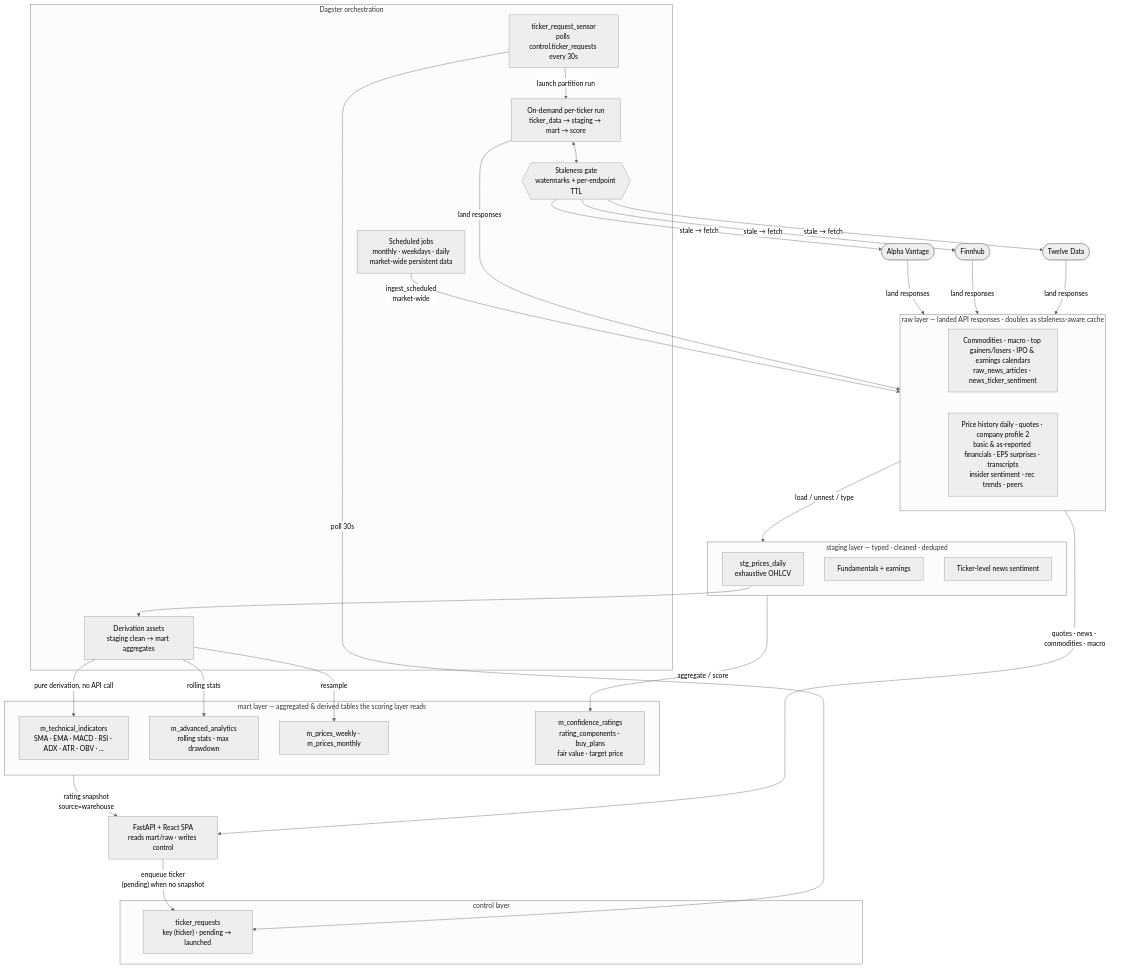
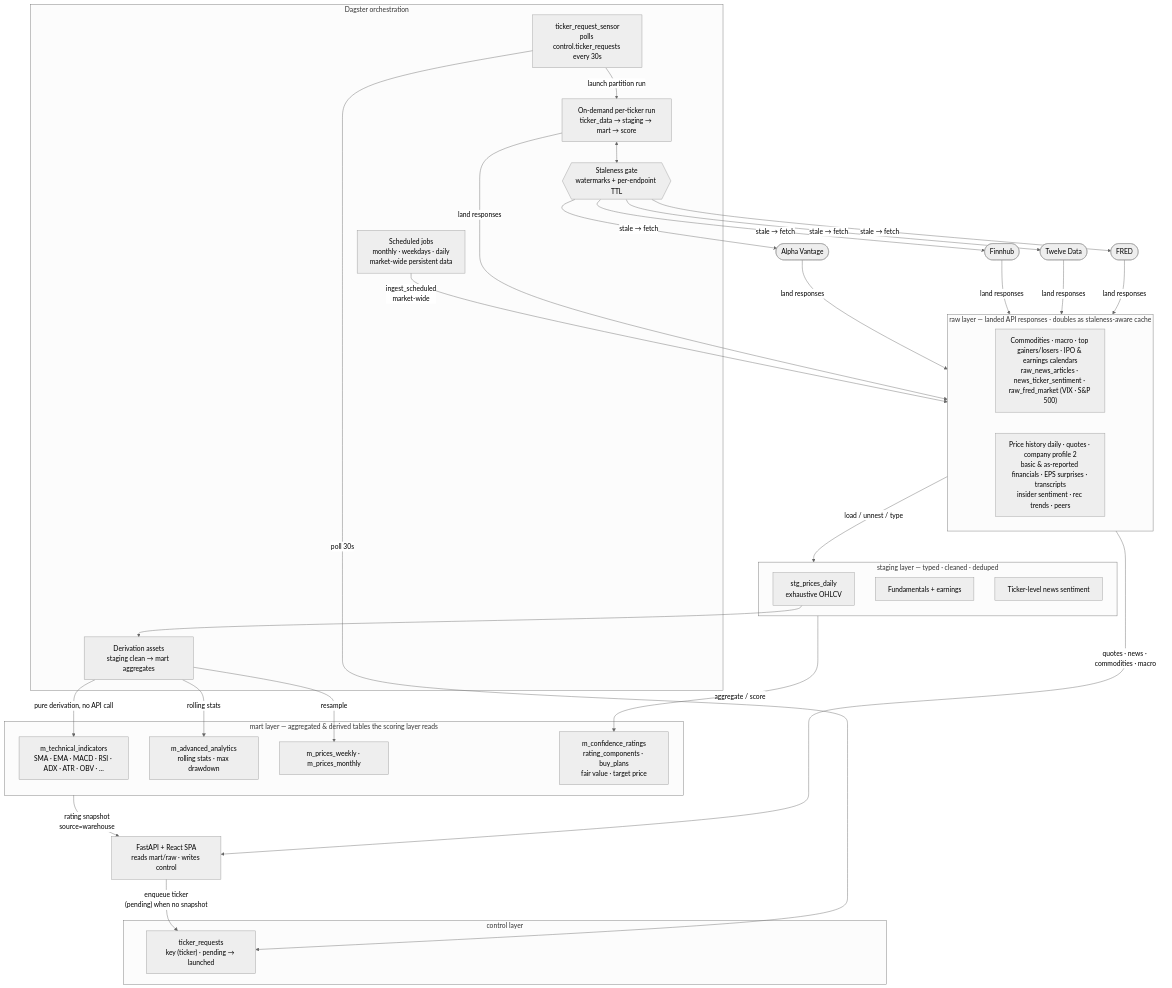
Before and after one commit to beavan-james/Stockidence: the diagram in ARCHITECTURE.md, drawn with Mermaid (neutral theme). The commit also changed other lines of this file and 20 other files, not shown here.

First line of the commit message:
pipeline: FRED (VIX + S&P 500) market indexes as PIT regime features

````diff
--- a/ARCHITECTURE.md
+++ b/ARCHITECTURE.md
@@ -44,59 +45,61 @@
 ```mermaid
 flowchart TD
     AV(["Alpha Vantage"])
     FH(["Finnhub"])
     TD(["Twelve Data"])
+    FRED(["FRED"])
 
     subgraph ORCH["Dagster orchestration"]
         SCHED["Scheduled jobs<br/>monthly · weekdays · daily<br/>market-wide persistent data"]
         SENSOR["ticker_request_sensor<br/>polls control.ticker_requests every 30s"]
         RUN["On-demand per-ticker run<br/>ticker_data → staging → mart → score"]
         GATE{{"Staleness gate<br/>watermarks + per-endpoint TTL"}}
         TI["Derivation assets<br/>staging clean → mart aggregates"]
     end
 
     subgraph CONTROL["control layer"]
         Q["ticker_requests<br/>key (ticker) · pending → launched"]
     end
 
     subgraph RAW["raw layer — landed API responses · doubles as staleness-aware cache"]
-        R_PERS["Commodities · macro · top gainers/losers · IPO & earnings calendars<br/>raw_news_articles · news_ticker_sentiment"]
+        R_PERS["Commodities · macro · top gainers/losers · IPO & earnings calendars<br/>raw_news_articles · news_ticker_sentiment · raw_fred_market (VIX · S&P 500)"]
         R_PRC["Price history daily · quotes · company profile 2<br/>basic & as-reported financials · EPS surprises · transcripts<br/>insider sentiment · rec trends · peers"]
     end
 
     subgraph STG["staging layer — typed · cleaned · deduped"]
         S_PRC["stg_prices_daily<br/>exhaustive OHLCV"]
         S_FUND["Fundamentals + earnings"]
         S_NEWS["Ticker-level news sentiment"]
     end
 
     subgraph MART["mart layer — aggregated & derived tables the scoring layer reads"]
         M_TECH["m_technical_indicators<br/>SMA · EMA · MACD · RSI · ADX · ATR · OBV · ..."]
         M_ADV["m_advanced_analytics<br/>rolling stats · max drawdown"]
         M_RESH["m_prices_weekly · m_prices_monthly"]
         M_RATING["m_confidence_ratings<br/>rating_components · buy_plans<br/>fair value · target price"]
     end
 
     UI["FastAPI + React SPA<br/>reads mart/raw · writes control"]
 
     SCHED -->|"ingest_scheduled<br/>market-wide"| RAW
     UI -->|"enqueue ticker<br/>(pending) when no snapshot"| Q
     SENSOR -->|"poll 30s"| Q
     SENSOR -->|"launch partition run"| RUN
     RUN <--> GATE
     GATE -->|"stale → fetch"| AV
     GATE -->|"stale → fetch"| FH
     GATE -->|"stale → fetch"| TD
-    AV & FH & TD -->|"land responses"| RAW
+    GATE -->|"stale → fetch"| FRED
+    AV & FH & TD & FRED -->|"land responses"| RAW
     RUN -->|"land responses"| RAW
 
     RAW -->|"load / unnest / type"| STG
     S_PRC --> TI
     TI -->|"pure derivation, no API call"| M_TECH
     TI -->|"resample"| M_RESH
     TI -->|"rolling stats"| M_ADV
     STG -->|"aggregate / score"| M_RATING
 
     MART -->|"rating snapshot<br/>source=warehouse"| UI
     RAW -->|"quotes · news · commodities · macro"| UI
 ```
````
